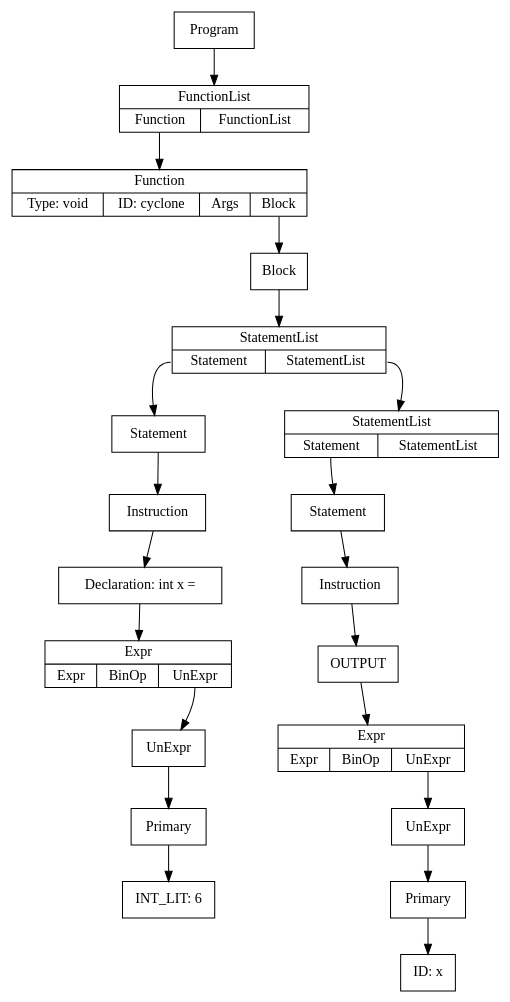
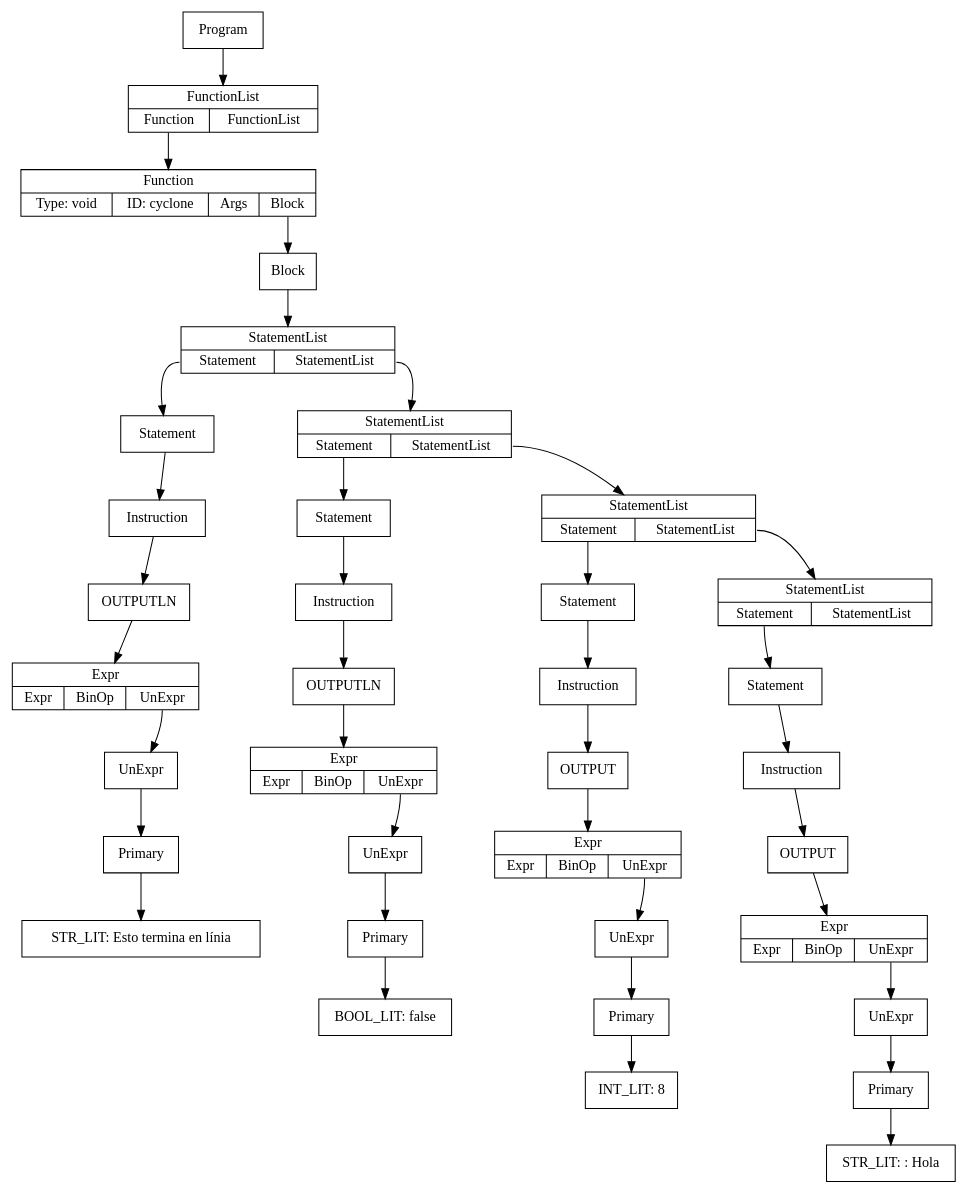
One commit to s-rom/CycloneCompiler changed the diagram in InfoFiles/comp2.dot. Above: the diagram before and after it, drawn with Graphviz. The commit also changed 31 other files, not shown here.

```diff
--- a/InfoFiles/comp2.dot
+++ b/InfoFiles/comp2.dot
@@ -1,44 +1,76 @@
 digraph ccTree {
 graph[nodesep="1"]
 	node [shape=box]
 	node [shape=box]
 	n0 [label = "Primary"]
-	n1 [label = "INT_LIT: 6"]
+	n1 [label = "STR_LIT: Esto termina en línia"]
 	n0-> n1
 	n2 [label = "UnExpr"]
 	n2-> n0
 	n3 [label = "{Expr | {<e>Expr | <bo>BinOp | <ue>UnExpr}}", shape="record"]
 	n3:ue-> n2
-	n4 [label = "Declaration: int x = "]
-	n4-> n3
-	n5 [label = "Instruction"]
-	n5-> n4
+	n4 [label = "Instruction"]
+	n5 [label = "OUTPUTLN"]
+	n4-> n5
+	n5-> n3
 	n6 [label = "Statement"]
-	n6-> n5
+	n6-> n4
 	n7 [label = "Primary"]
-	n8 [label = "ID: x"]
+	n8 [label = "BOOL_LIT: false"]
 	n7-> n8
 	n9 [label = "UnExpr"]
 	n9-> n7
 	n10 [label = "{Expr | {<e>Expr | <bo>BinOp | <ue>UnExpr}}", shape="record"]
 	n10:ue-> n9
 	n11 [label = "Instruction"]
-	n12 [label = "OUTPUT"]
+	n12 [label = "OUTPUTLN"]
 	n11-> n12
 	n12-> n10
 	n13 [label = "Statement"]
 	n13-> n11
-	n14 [label = "{StatementList | {<s>Statement | <sl>StatementList}}", shape="record"]
-	n14:s-> n13
-	n15 [label = "{StatementList | {<s>Statement | <sl>StatementList}}", shape="record"]
-	n15:s-> n6
-	n15:sl-> n14
-	n16 [label = "Block"]
-	n16-> n15
-	n17 [label = "{Function | {Type: void | ID: cyclone | <a>Args | <b>Block}}", shape="record"]
-	n17:b-> n16
-	n18 [label = "{FunctionList | {<f> Function | <fl> FunctionList}}", shape="record"]
-	n18:f-> n17
-	n19 [label = "Program"]
-	n19-> n18
+	n14 [label = "Primary"]
+	n15 [label = "INT_LIT: 8"]
+	n14-> n15
+	n16 [label = "UnExpr"]
+	n16-> n14
+	n17 [label = "{Expr | {<e>Expr | <bo>BinOp | <ue>UnExpr}}", shape="record"]
+	n17:ue-> n16
+	n18 [label = "Instruction"]
+	n19 [label = "OUTPUT"]
+	n18-> n19
+	n19-> n17
+	n20 [label = "Statement"]
+	n20-> n18
+	n21 [label = "Primary"]
+	n22 [label = "STR_LIT: : Hola"]
+	n21-> n22
+	n23 [label = "UnExpr"]
+	n23-> n21
+	n24 [label = "{Expr | {<e>Expr | <bo>BinOp | <ue>UnExpr}}", shape="record"]
+	n24:ue-> n23
+	n25 [label = "Instruction"]
+	n26 [label = "OUTPUT"]
+	n25-> n26
+	n26-> n24
+	n27 [label = "Statement"]
+	n27-> n25
+	n28 [label = "{StatementList | {<s>Statement | <sl>StatementList}}", shape="record"]
+	n28:s-> n27
+	n29 [label = "{StatementList | {<s>Statement | <sl>StatementList}}", shape="record"]
+	n29:s-> n20
+	n29:sl-> n28
+	n30 [label = "{StatementList | {<s>Statement | <sl>StatementList}}", shape="record"]
+	n30:s-> n13
+	n30:sl-> n29
+	n31 [label = "{StatementList | {<s>Statement | <sl>StatementList}}", shape="record"]
+	n31:s-> n6
+	n31:sl-> n30
+	n32 [label = "Block"]
+	n32-> n31
+	n33 [label = "{Function | {Type: void | ID: cyclone | <a>Args | <b>Block}}", shape="record"]
+	n33:b-> n32
+	n34 [label = "{FunctionList | {<f> Function | <fl> FunctionList}}", shape="record"]
+	n34:f-> n33
+	n35 [label = "Program"]
+	n35-> n34
 }
```
